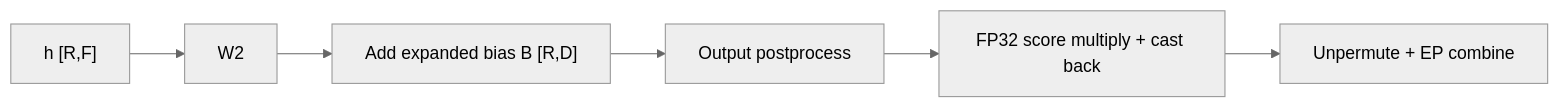
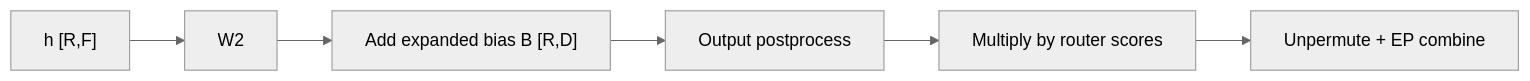
The third of 3 diagrams in torchtitan/models/common/moe/ROUTER_SCORE_ABSORPTION.md (pytorch/torchtitan), drawn with Mermaid (neutral theme) before and after one commit. The commit also changed other lines of this file and 2 other files, not shown here.

````diff
--- a/torchtitan/models/common/moe/ROUTER_SCORE_ABSORPTION.md
+++ b/torchtitan/models/common/moe/ROUTER_SCORE_ABSORPTION.md
@@ -57,6 +57,6 @@
 ```mermaid
 flowchart LR
     H["h [R,F]"] --> W["W2"] --> A["Add expanded bias B [R,D]"]
-    A --> P["Output postprocess"] --> S["FP32 score multiply + cast back"]
+    A --> P["Output postprocess"] --> S["Multiply by router scores"]
     S --> C["Unpermute + EP combine"]
 ```
````
